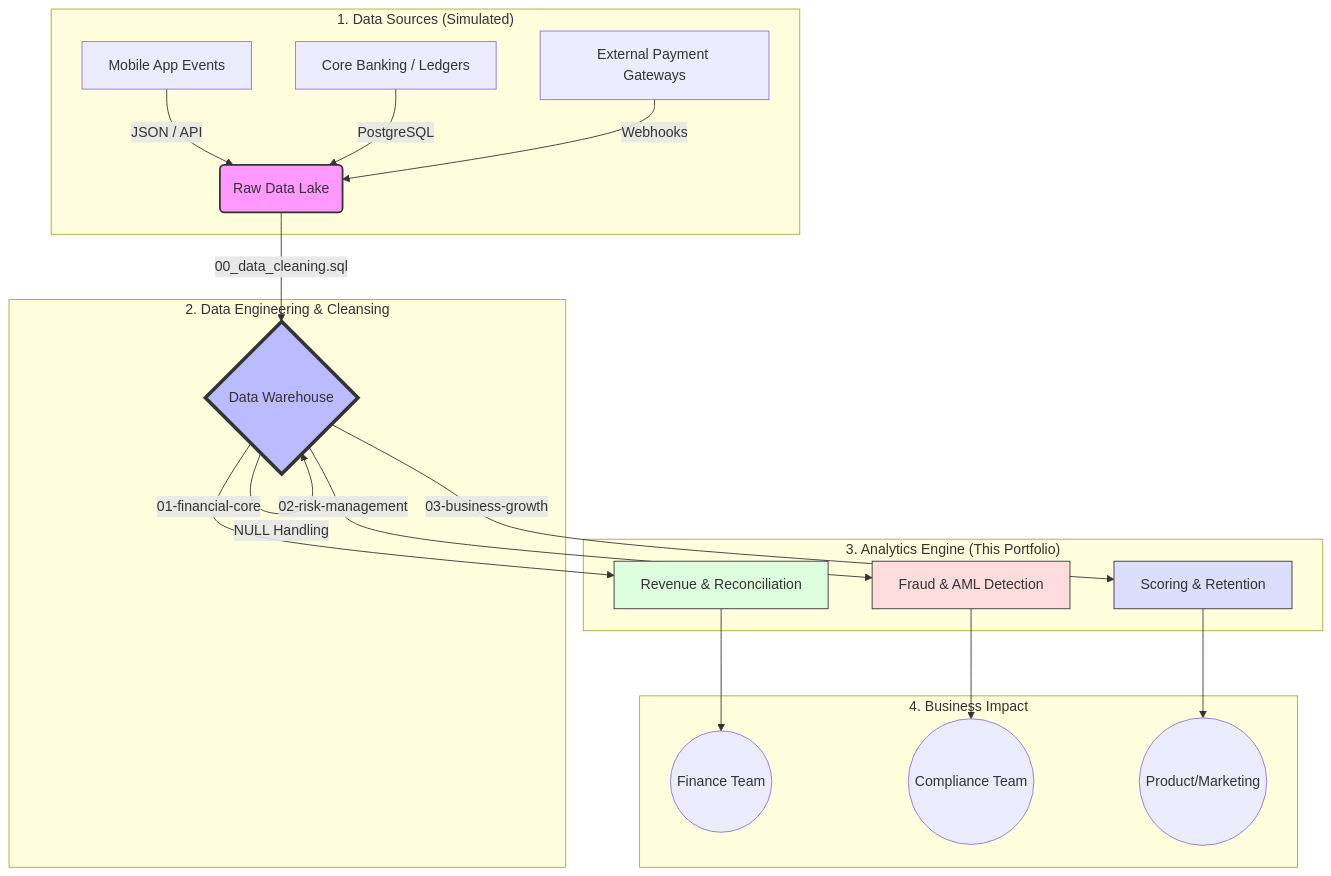
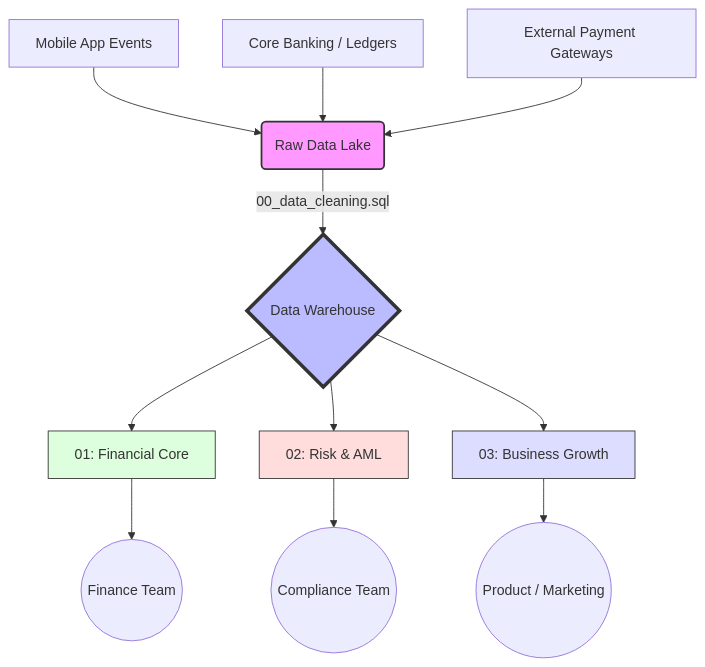
Before and after one commit to moisesvarelalopez/fintech-sql-analytics-portfolio.-: the diagram in README.md, drawn with Mermaid.

Commit message:
style: simplify Mermaid architecture diagram to fix layout overlaps

````diff
--- a/README.md
+++ b/README.md
@@ -11,32 +11,27 @@
 ```mermaid
 graph TD
-    subgraph "1. Data Sources (Simulated)"
-        A[Mobile App Events] --> |JSON / API| C(Raw Data Lake)
-        B[Core Banking / Ledgers] --> |PostgreSQL| C
-        E[External Payment Gateways] --> |Webhooks| C
-    end
+    %% 1. Data Sources
+    A[Mobile App Events] --> C(Raw Data Lake)
+    B[Core Banking / Ledgers] --> C
+    E[External Payment Gateways] --> C
 
-    subgraph "2. Data Engineering & Cleansing"
-        C -->|00_data_cleaning.sql| D{Data Warehouse}
-        D --> |De-duplication| D
-        D --> |NULL Handling| D
-    end
+    %% 2. Data Engineering
+    C -->|00_data_cleaning.sql| D{Data Warehouse}
+    
+    %% 3. Analytics Engine Core
+    D --> F[01: Financial Core]
+    D --> G[02: Risk & AML]
+    D --> H[03: Business Growth]
 
-    subgraph "3. Analytics Engine (This Portfolio)"
-        D -->|01-financial-core| F[Revenue & Reconciliation]
-        D -->|02-risk-management| G[Fraud & AML Detection]
-        D -->|03-business-growth| H[Scoring & Retention]
-    end
-
-    subgraph "4. Business Impact"
-        F --> I((Finance Team))
-        G --> J((Compliance Team))
-        H --> K((Product/Marketing))
-    end
+    %% 4. Business Impact
+    F --> I((Finance Team))
+    G --> J((Compliance Team))
+    H --> K((Product / Marketing))
     
+    %% Styling
     style C fill:#f9f,stroke:#333,stroke-width:2px
     style D fill:#bbf,stroke:#333,stroke-width:4px
     style F fill:#dfd,stroke:#333
     style G fill:#fdd,stroke:#333
     style H fill:#ddf,stroke:#333
 ```
````
